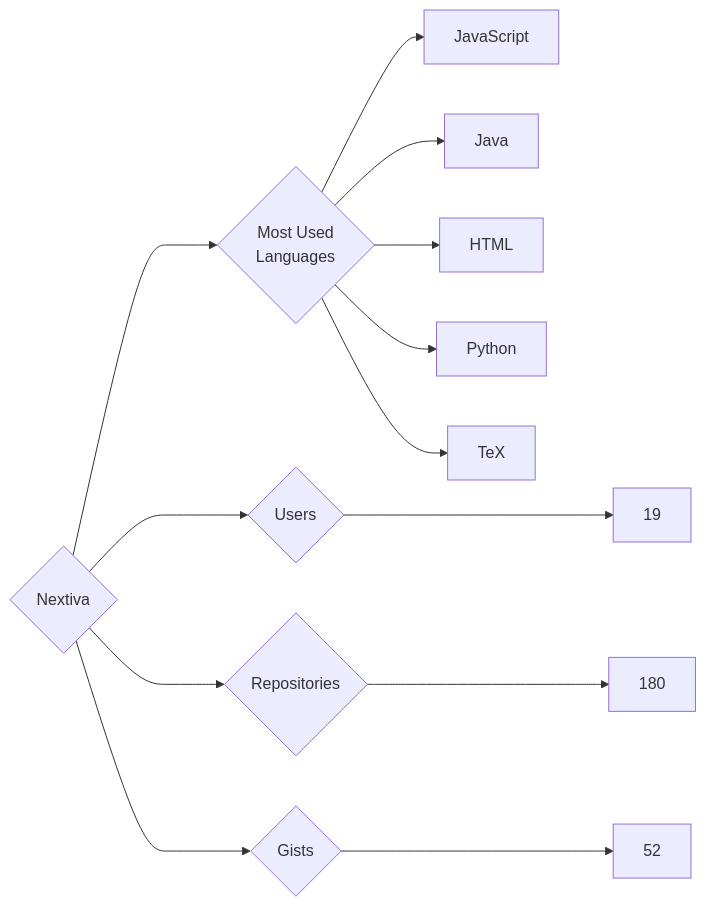
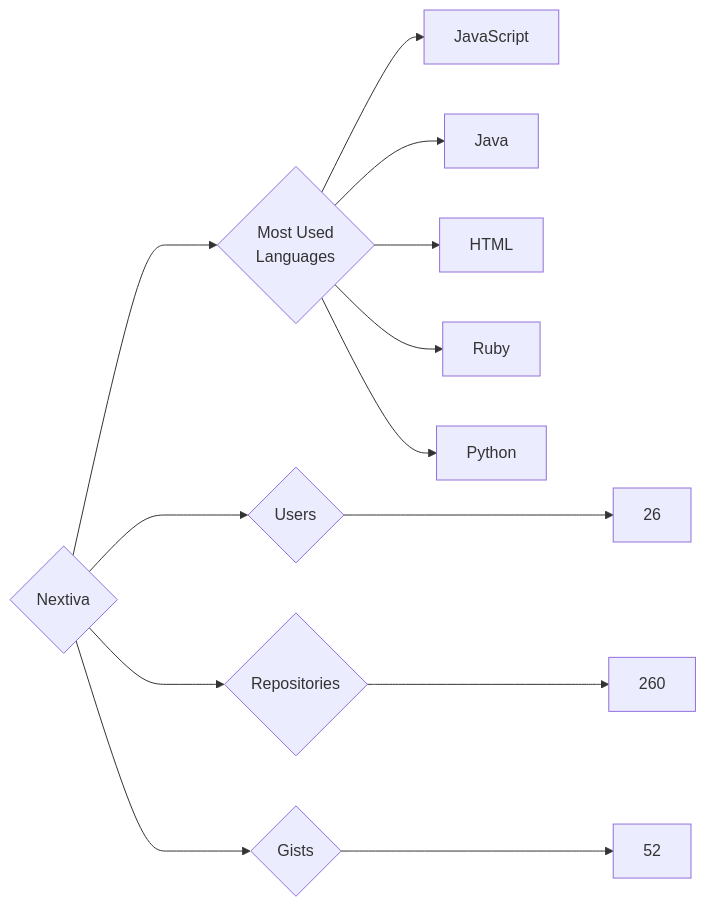
The diagram in targets/Nextiva/README.md (trickest/insiders), drawn with Mermaid before and after one commit. The commit also changed 725 other files, not shown here.

````diff
--- a/targets/Nextiva/README.md
+++ b/targets/Nextiva/README.md
@@ -3,13 +3,13 @@
 ```mermaid
 graph LR
 COMPANY_NAME{Nextiva}
-COMPANY_NAME ---> U{Users} ---> UN[19]
-COMPANY_NAME ---> R{Repositories} ---> RN[180]
+COMPANY_NAME ---> U{Users} ---> UN[26]
+COMPANY_NAME ---> R{Repositories} ---> RN[260]
 COMPANY_NAME ---> G{Gists} ---> GN[52]
 COMPANY_NAME ---> ML{Most Used<br>Languages}
 ML --> JavaScript[JavaScript]
 ML --> Java[Java]
 ML --> HTML[HTML]
+ML --> Ruby[Ruby]
 ML --> Python[Python]
-ML --> TeX[TeX]
 ```
````
